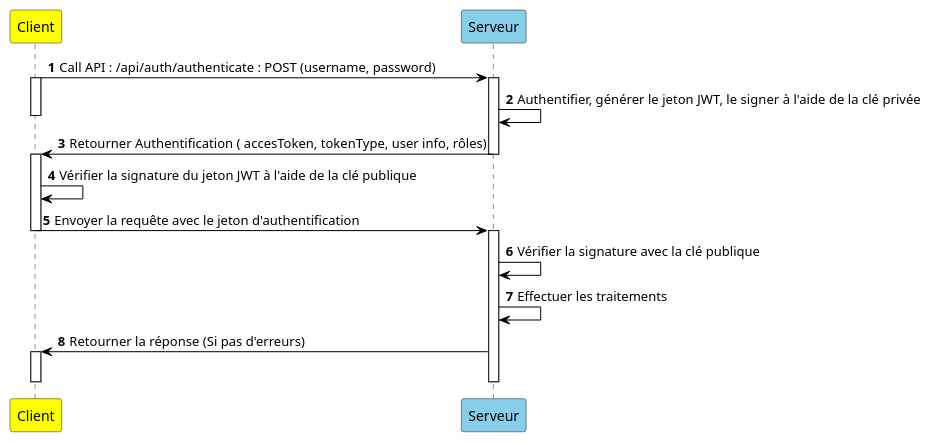
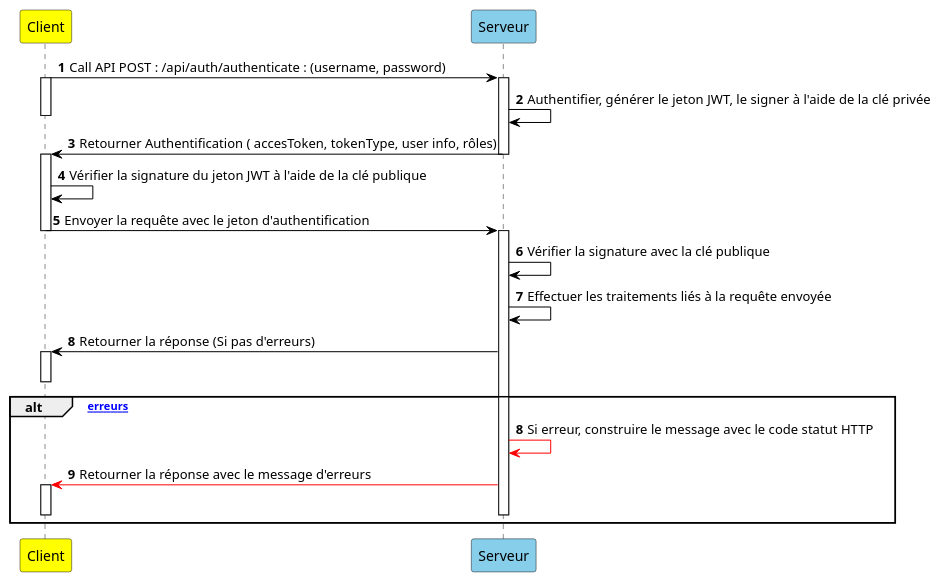
Before and after one commit to Corey-Peyton/jwt-auth-web-api-sandbox: the fifth of 6 diagrams in README.md, drawn with PlantUML. The commit also changed other lines of this file, not shown here.

````diff
--- a/README.md
+++ b/README.md
@@ -517,28 +517,38 @@
 ```plantuml
 @startuml
 ' Déclaration des participants (acteurs)
 participant Client #Yellow
 participant Serveur #SkyBlue
 
 ' Déclaration des enchainements des séquences des traitements
 autonumber
-Client -[#black]> Serveur : Call API : /api/auth/authenticate : POST (username, password)
+Client -[#black]> Serveur : Call API POST : /api/auth/authenticate : (username, password)
 activate Client 
 activate Serveur
 Serveur -[#black]> Serveur : Authentifier, générer le jeton JWT, le signer à l'aide de la clé privée
 deactivate Client 
 Serveur -[#black]> Client : Retourner Authentification ( accesToken, tokenType, user info, rôles)
 deactivate Serveur
 activate Client
 Client -[#black]> Client : Vérifier la signature du jeton JWT à l'aide de la clé publique
 Client -[#black]> Serveur : Envoyer la requête avec le jeton d'authentification
 deactivate Client 
 activate Serveur
 Serveur -[#black]> Serveur : Vérifier la signature avec la clé publique
-Serveur -[#black]> Serveur : Effectuer les traitements
+Serveur -[#black]> Serveur : Effectuer les traitements liés à la requête envoyée
 Serveur -[#black]> Client : Retourner la réponse (Si pas d'erreurs)
+activate Client
+deactivate Client
+autonumber stop
+' Traitement alternatif s'il y a erreurs
+alt [Si erreurs]
+autonumber 8
+Serveur -[#red]> Serveur : Si erreur, construire le message avec le code statut HTTP
+'activate Serveur
+Serveur -[#red]> Client : Retourner la réponse avec le message d'erreurs
 activate Client
 deactivate Serveur
 deactivate Client
+end
 @enduml
 ```
````
